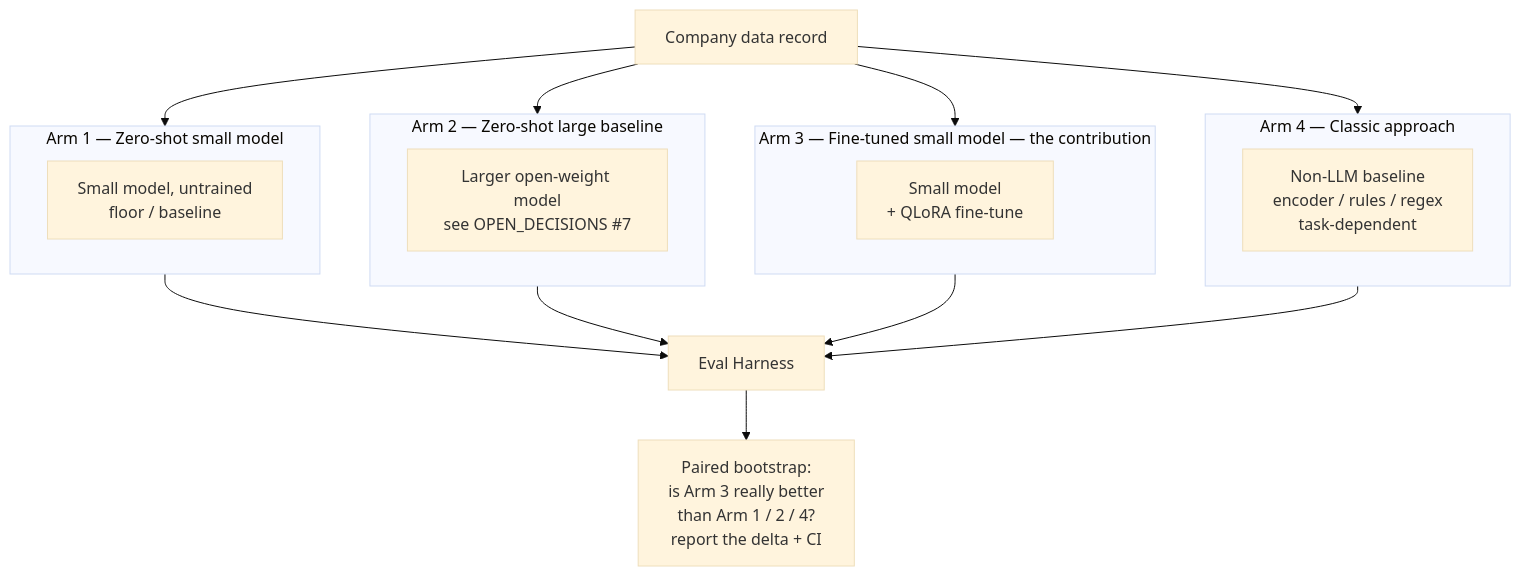
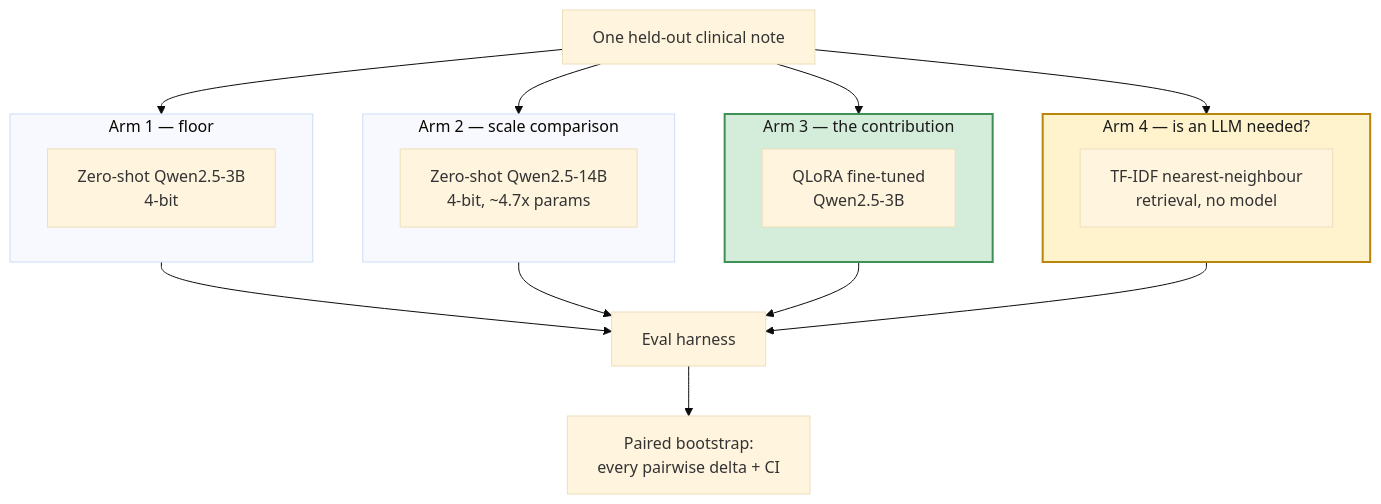
One commit to Akashkar00/notechat-qlora-eval changed the fifth of 6 diagrams in docs/ARCHITECTURE.md. Above: the diagram before and after it, drawn with Mermaid (base theme). The commit also changed other lines of this file and 19 other files, not shown here.

First line of the commit message:
Rigor pass: deterministic eval, faithfulness metric, arm 4, Phase 3

````diff
--- a/docs/ARCHITECTURE.md
+++ b/docs/ARCHITECTURE.md
@@ -94,26 +120,23 @@
 ```mermaid
 flowchart TD
-    REC[Company data record] --> ARM1
-    REC --> ARM2
-    REC --> ARM3
-    REC --> ARM4
+    REC["One held-out clinical note"] --> ARM1 & ARM2 & ARM3 & ARM4
 
-    subgraph ARM1["Arm 1 — Zero-shot small model"]
-        A1[Small model, untrained\nfloor / baseline]
+    subgraph ARM1["Arm 1 — floor"]
+        A1["Zero-shot Qwen2.5-3B<br/>4-bit"]
     end
-    subgraph ARM2["Arm 2 — Zero-shot large baseline"]
-        A2[Larger open-weight model\nsee OPEN_DECISIONS #7]
+    subgraph ARM2["Arm 2 — scale comparison"]
+        A2["Zero-shot Qwen2.5-14B<br/>4-bit, ~4.7x params"]
     end
-    subgraph ARM3["Arm 3 — Fine-tuned small model — the contribution"]
-        A3[Small model\n+ QLoRA fine-tune]
+    subgraph ARM3["Arm 3 — the contribution"]
+        A3["QLoRA fine-tuned<br/>Qwen2.5-3B"]
     end
-    subgraph ARM4["Arm 4 — Classic approach"]
-        A4[Non-LLM baseline\nencoder / rules / regex\ntask-dependent]
+    subgraph ARM4["Arm 4 — is an LLM needed?"]
+        A4["TF-IDF nearest-neighbour<br/>retrieval, no model"]
     end
 
-    ARM1 --> SCORE[Eval Harness]
-    ARM2 --> SCORE
-    ARM3 --> SCORE
-    ARM4 --> SCORE
-    SCORE --> COMPARE[Paired bootstrap:\nis Arm 3 really better\nthan Arm 1 / 2 / 4?\nreport the delta + CI]
+    ARM1 & ARM2 & ARM3 & ARM4 --> SCORE["Eval harness"]
+    SCORE --> COMPARE["Paired bootstrap:<br/>every pairwise delta + CI"]
+
+    style ARM3 fill:#d3edda,stroke:#3f8f57,stroke-width:2px,color:#1a1a1a
+    style ARM4 fill:#fff3cd,stroke:#b8860b,stroke-width:2px,color:#1a1a1a
 ```
````
